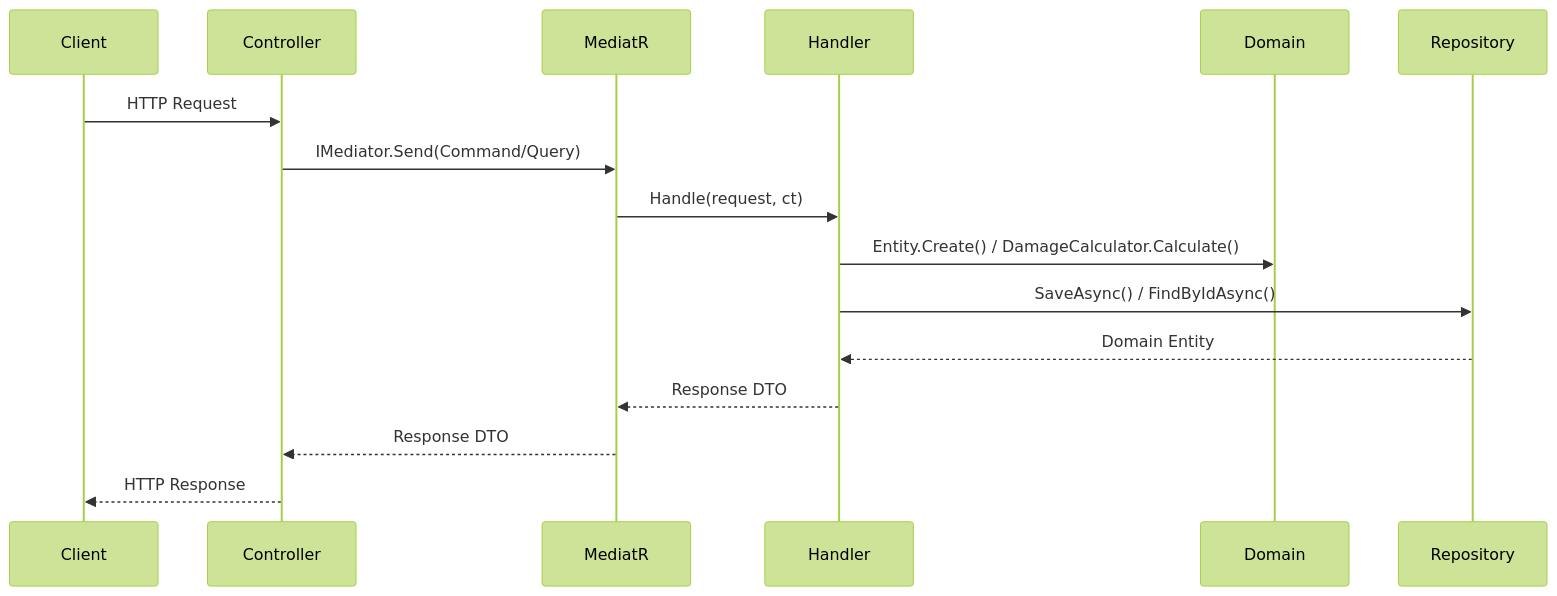
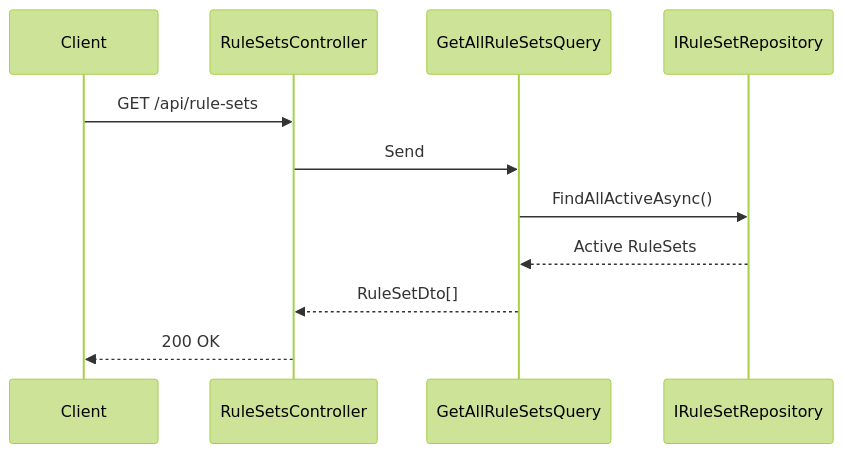
One commit to p-o-ke-nae/pokemondamagecalculatorforstory changed the second of 3 diagrams in docs/design/architecture-overview.md. Above: the diagram before and after it, drawn with Mermaid (forest theme). The commit also changed other lines of this file and 53 other files, not shown here.

````diff
--- a/docs/design/architecture-overview.md
+++ b/docs/design/architecture-overview.md
@@ -150,19 +129,14 @@
 ```mermaid
 sequenceDiagram
     participant Client
-    participant Controller
-    participant MediatR
-    participant Handler
-    participant Domain
-    participant Repository
+    participant Controller as RuleSetsController
+    participant Query as GetAllRuleSetsQuery
+    participant Repo as IRuleSetRepository
 
-    Client->>Controller: HTTP Request
-    Controller->>MediatR: IMediator.Send(Command/Query)
-    MediatR->>Handler: Handle(request, ct)
-    Handler->>Domain: Entity.Create() / DamageCalculator.Calculate()
-    Handler->>Repository: SaveAsync() / FindByIdAsync()
-    Repository-->>Handler: Domain Entity
-    Handler-->>MediatR: Response DTO
-    MediatR-->>Controller: Response DTO
-    Controller-->>Client: HTTP Response
+    Client->>Controller: GET /api/rule-sets
+    Controller->>Query: Send
+    Query->>Repo: FindAllActiveAsync()
+    Repo-->>Query: Active RuleSets
+    Query-->>Controller: RuleSetDto[]
+    Controller-->>Client: 200 OK
 ```
````
